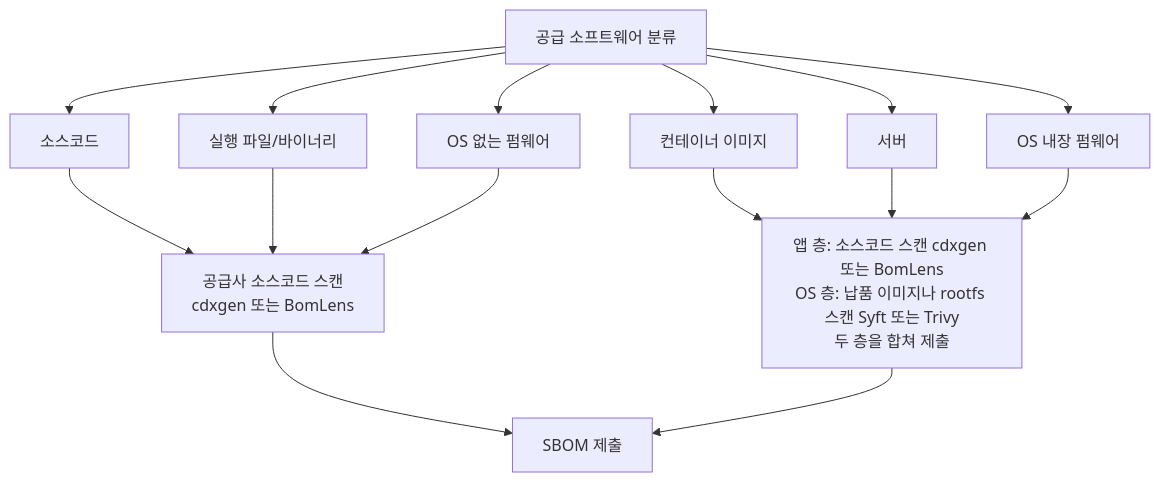
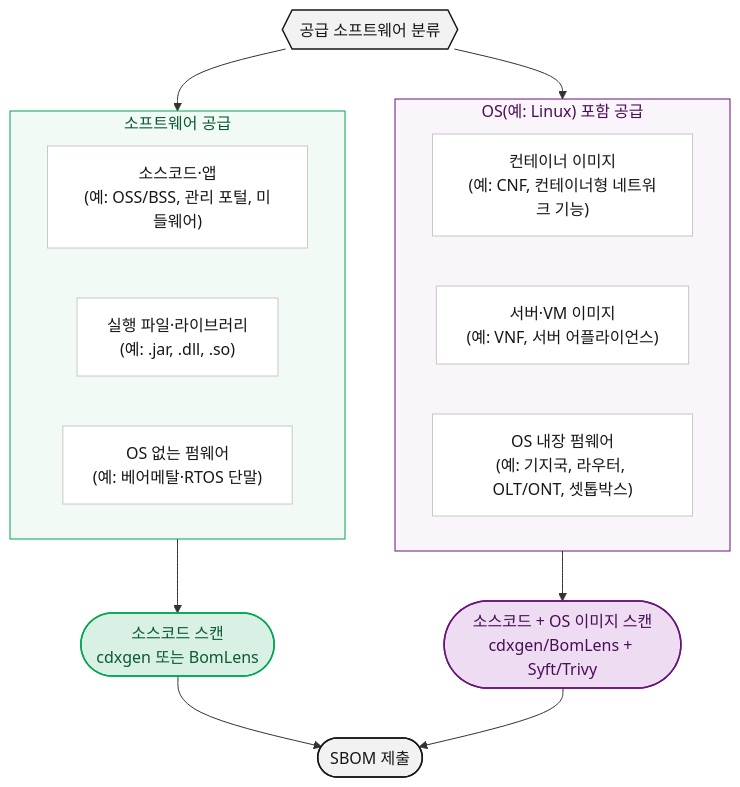
The diagram in content/ko/guide/supply-chain/for-suppliers/creation-guide/_index.md (sktelecom/sktelecom.github.io), drawn with Mermaid before and after one commit. The commit also changed 9 other files, not shown here.

Commit message:
docs(supply-chain): restyle guide diagrams with grouped zones and a consistent SK palette

````diff
--- a/content/ko/guide/supply-chain/for-suppliers/creation-guide/_index.md
+++ b/content/ko/guide/supply-chain/for-suppliers/creation-guide/_index.md
@@ -14,17 +14,40 @@
 ```mermaid
 graph TD
-    A[공급 소프트웨어 분류] --> T1[소스코드]
-    A --> T2[실행 파일/바이너리]
-    A --> T3[OS 없는 펌웨어]
-    A --> T4[컨테이너 이미지]
-    A --> T5[서버]
-    A --> T6[OS 내장 펌웨어]
-    T1 --> M1[공급사 소스코드 스캔<br>cdxgen 또는 BomLens]
-    T2 --> M1
-    T3 --> M1
-    T4 --> M2[앱 층: 소스코드 스캔 cdxgen 또는 BomLens<br>OS 층: 납품 이미지나 rootfs 스캔 Syft 또는 Trivy<br>두 층을 합쳐 제출]
-    T5 --> M2
-    T6 --> M2
-    M1 --> P[SBOM 제출]
+    A{{"공급 소프트웨어 분류"}}
+
+    subgraph G1["소프트웨어 공급"]
+      direction LR
+      T1["소스코드·앱<br>(예: OSS/BSS, 관리 포털, 미들웨어)"]
+      T2["실행 파일·라이브러리<br>(예: .jar, .dll, .so)"]
+      T3["OS 없는 펌웨어<br>(예: 베어메탈·RTOS 단말)"]
+    end
+
+    subgraph G2["OS(예: Linux) 포함 공급"]
+      direction LR
+      T4["컨테이너 이미지<br>(예: CNF, 컨테이너형 네트워크 기능)"]
+      T5["서버·VM 이미지<br>(예: VNF, 서버 어플라이언스)"]
+      T6["OS 내장 펌웨어<br>(예: 기지국, 라우터, OLT/ONT, 셋톱박스)"]
+    end
+
+    A --> G1
+    A --> G2
+    G1 --> M1(["소스코드 스캔<br>cdxgen 또는 BomLens"])
+    G2 --> M2(["소스코드 + OS 이미지 스캔<br>cdxgen/BomLens + Syft/Trivy"])
+    M1 --> P(["SBOM 제출"])
     M2 --> P
+
+    classDef start fill:#F2F2F2,stroke:#171717,color:#171717,stroke-width:1.5px
+    classDef typebox fill:#ffffff,stroke:#c8c8c8,color:#171717,stroke-width:1px
+    classDef source fill:#D9F0E4,stroke:#00A651,color:#0A5A32,stroke-width:1.5px
+    classDef osmerge fill:#EEDCF3,stroke:#68127A,color:#4A0D57,stroke-width:1.5px
+    classDef submit fill:#F2F2F2,stroke:#171717,color:#171717,stroke-width:1.5px
+
+    class A start
+    class T1,T2,T3,T4,T5,T6 typebox
+    class M1 source
+    class M2 osmerge
+    class P submit
+
+    style G1 fill:#F1FAF5,stroke:#00A651,stroke-width:1px,color:#0A5A32
+    style G2 fill:#FAF4FB,stroke:#68127A,stroke-width:1px,color:#4A0D57
 ```
````
